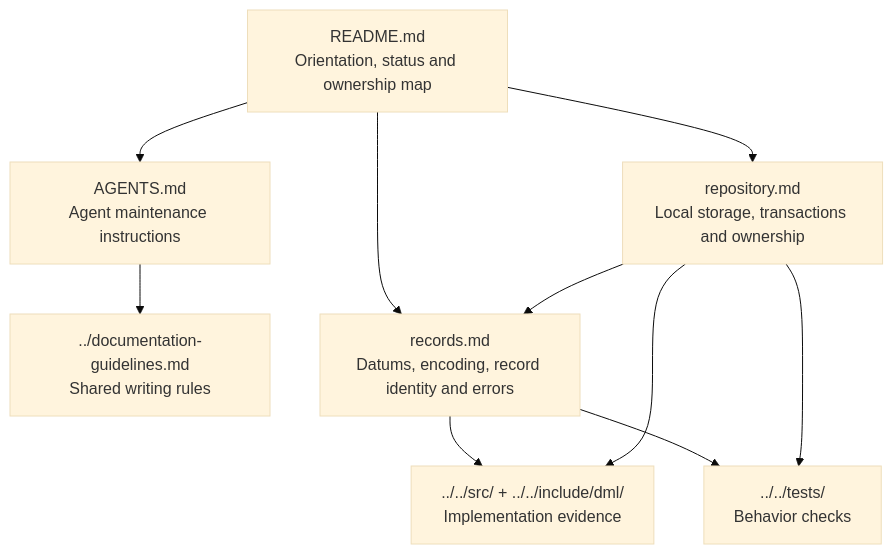
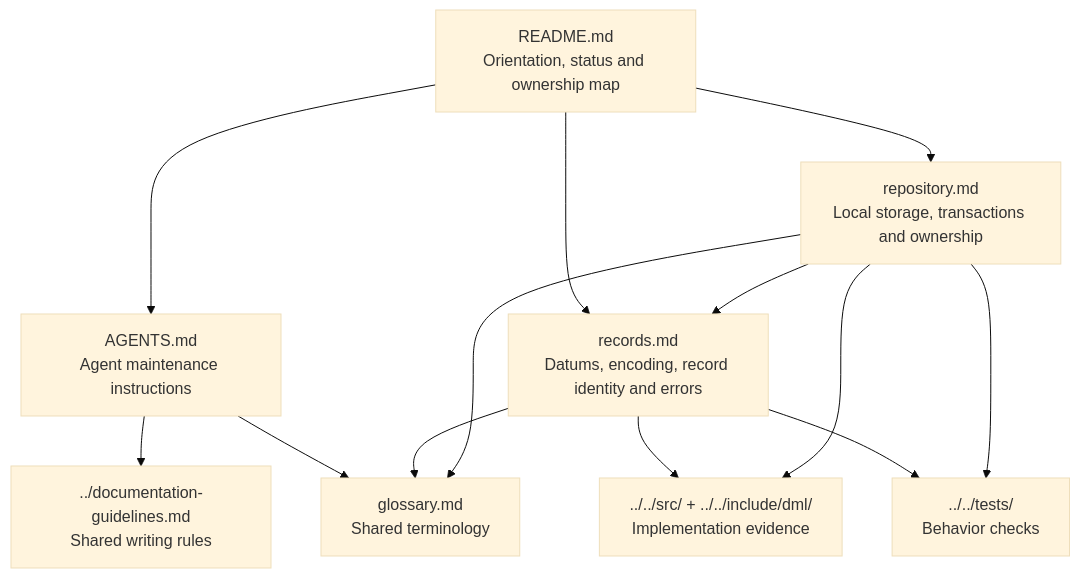
Before and after one commit to micha/dml: the diagram in docs/spec-next/README.md, drawn with Mermaid (base theme). The commit also changed other lines of this file and 4 other files, not shown here.

First line of the commit message:
Establish shared glossary for the evolving specification

````diff
--- a/docs/spec-next/README.md
+++ b/docs/spec-next/README.md
@@ -32,19 +35,23 @@
 ```mermaid
 flowchart TD
     README["README.md<br/>Orientation, status and ownership map"]
     AGENTS["AGENTS.md<br/>Agent maintenance instructions"]
     GUIDE["../documentation-guidelines.md<br/>Shared writing rules"]
+    GLOSSARY["glossary.md<br/>Shared terminology"]
     RECORDS["records.md<br/>Datums, encoding, record identity and errors"]
     REPO["repository.md<br/>Local storage, transactions and ownership"]
     CODE["../../src/ + ../../include/dml/<br/>Implementation evidence"]
     TESTS["../../tests/<br/>Behavior checks"]
     README --> AGENTS
     README --> RECORDS
     README --> REPO
     AGENTS --> GUIDE
+    AGENTS --> GLOSSARY
+    RECORDS --> GLOSSARY
+    REPO --> GLOSSARY
     REPO --> RECORDS
     RECORDS --> CODE
     RECORDS --> TESTS
     REPO --> CODE
     REPO --> TESTS
 ```
````
